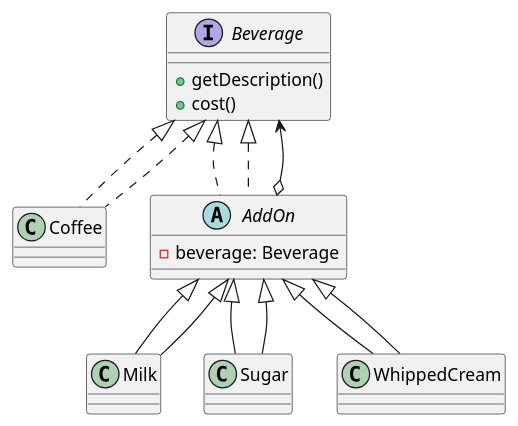
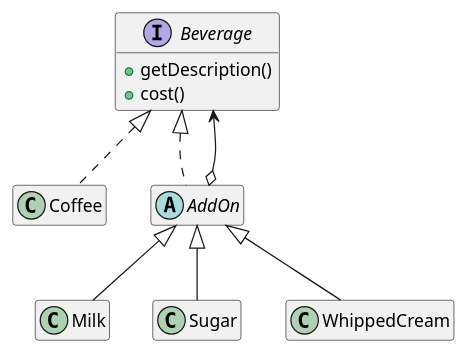
Before and after one commit to traiansf/traiansf.github.io: the fifth of 8 diagrams in class/amss2025/curs/11-patterns-reloaded.md, drawn with PlantUML. The commit also changed other lines of this file and 2 other files, not shown here.

````diff
--- a/class/amss2025/curs/11-patterns-reloaded.md
+++ b/class/amss2025/curs/11-patterns-reloaded.md
@@ -565,26 +754,19 @@
 ```plantuml
 @startuml
+hide empty members
 interface Beverage {
     +getDescription()
     +cost()
 }
 
 class Coffee implements Beverage
 
-abstract class AddOn implements Beverage {
-    -beverage: Beverage
-}
+abstract class AddOn implements Beverage
 
 class Milk extends AddOn
 class Sugar extends AddOn
 class WhippedCream extends AddOn
 
-Beverage <|.. Coffee
-Beverage <|.. AddOn
-AddOn <|-- Milk
-AddOn <|-- Sugar
-AddOn <|-- WhippedCream
-
 AddOn o--> Beverage
 @enduml
 ```
````
